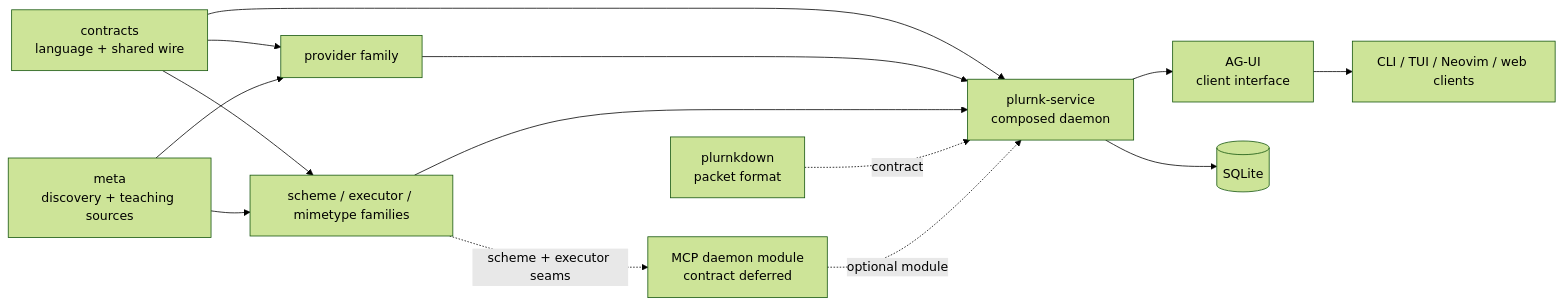
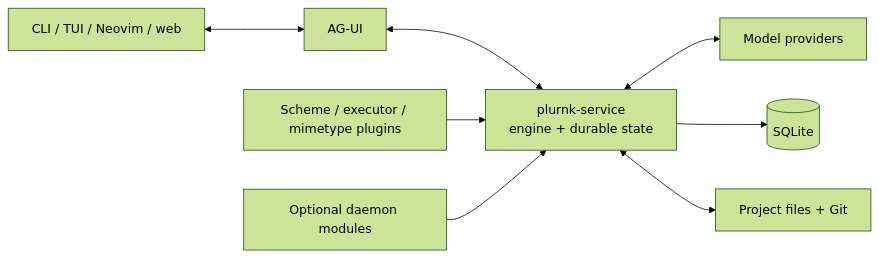
Before and after one commit to plurnk/plurnk-service: the diagram in README.md, drawn with Mermaid (forest theme). The commit also changed 1 other file, not shown here.

Commit message:
docs: align keystone diagrams (#26)

````diff
--- a/README.md
+++ b/README.md
@@ -25,16 +25,10 @@
 ```mermaid
 flowchart LR
-    contracts["contracts<br/>language + shared wire"] --> providers["provider family"]
-    contracts --> capabilities["scheme / executor / mimetype families"]
-    meta["meta<br/>discovery + teaching sources"] --> providers
-    meta --> capabilities
-    contracts --> core["plurnk-service<br/>composed daemon"]
-    providers --> core
-    capabilities --> core
-    packet["plurnkdown<br/>packet format"] -. contract .-> core
-    capabilities -. scheme + executor seams .-> mcp["MCP daemon module<br/>contract deferred"]
-    mcp -. optional module .-> core
-    core --> agui["AG-UI<br/>client interface"]
-    agui --> clients["CLI / TUI / Neovim / web clients"]
+    clients["CLI / TUI / Neovim / web"] <--> agui["AG-UI"]
+    agui <--> core["plurnk-service<br/>engine + durable state"]
+    core <--> providers["Model providers"]
+    plugins["Scheme / executor / mimetype plugins"] --> core
+    modules["Optional daemon modules"] --> core
     core --> sqlite[(SQLite)]
+    core <--> project["Project files + Git"]
 ```
````
